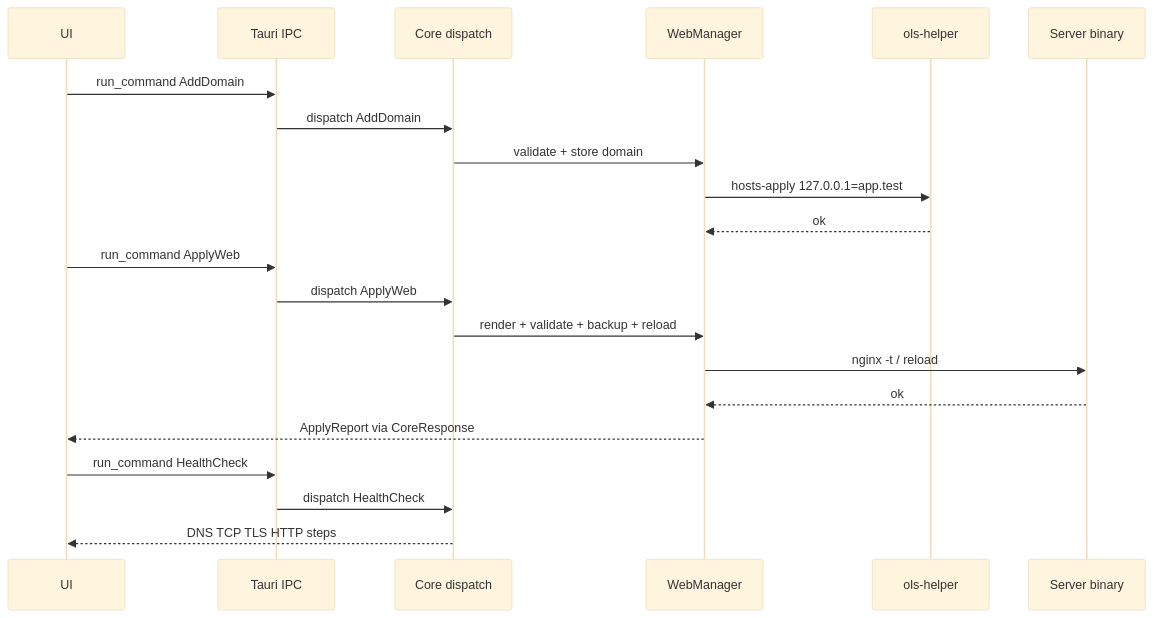
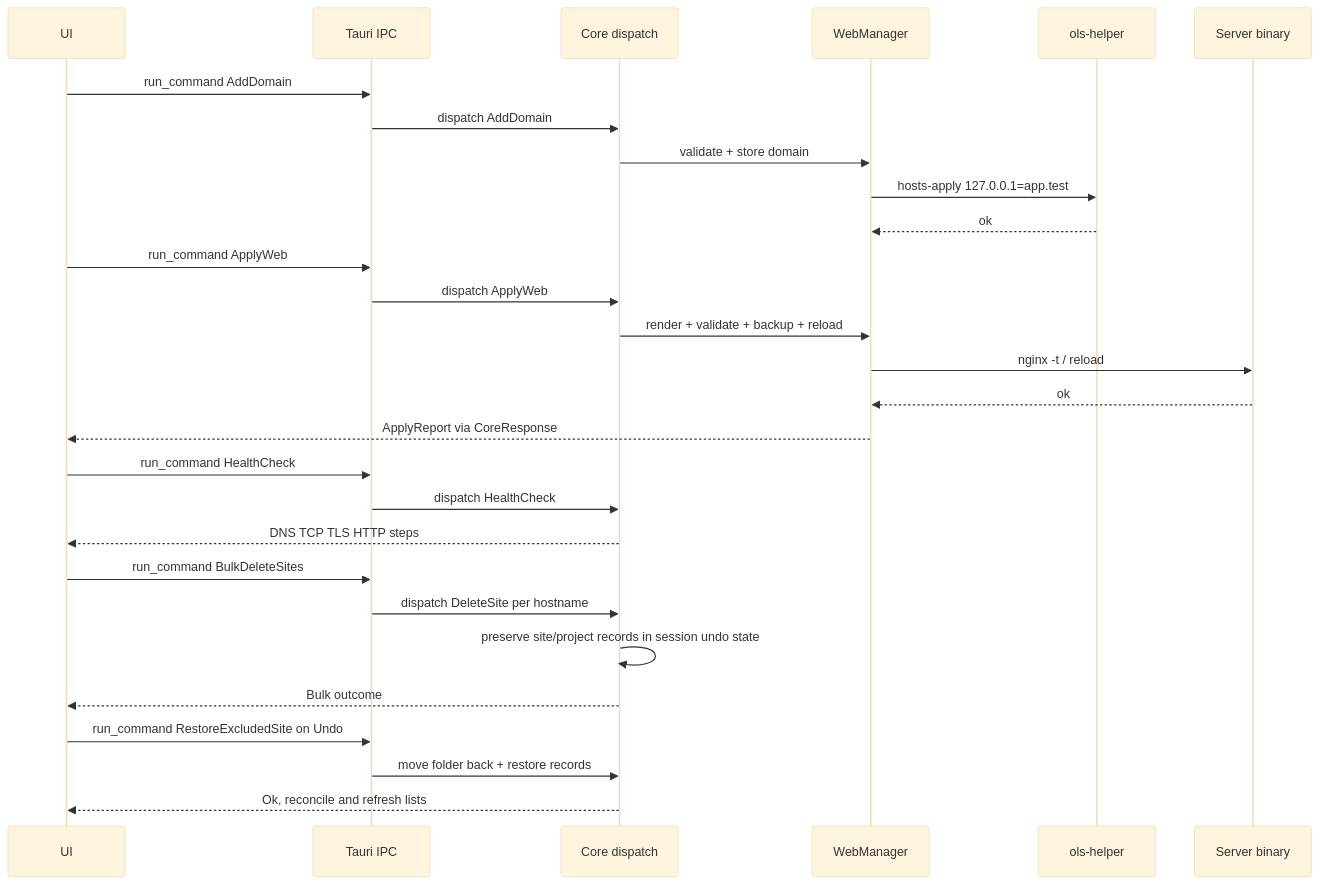
Before and after one commit to kz370/OpenLocalServer: the diagram in specs/diagrams/sequence.mmd, drawn with Mermaid (base theme). The commit also changed 23 other files, not shown here.

Commit message:
fix(web): move site folder moves and restores captured site/project records in session undo state

```diff
--- a/specs/diagrams/sequence.mmd
+++ b/specs/diagrams/sequence.mmd
@@ -1,21 +1,28 @@
 sequenceDiagram
   participant U as UI
   participant T as Tauri IPC
   participant C as Core dispatch
   participant W as WebManager
   participant H as ols-helper
   participant S as Server binary
   U->>T: run_command AddDomain
   T->>C: dispatch AddDomain
   C->>W: validate + store domain
   W->>H: hosts-apply 127.0.0.1=app.test
   H-->>W: ok
   U->>T: run_command ApplyWeb
   T->>C: dispatch ApplyWeb
   C->>W: render + validate + backup + reload
   W->>S: nginx -t / reload
   S-->>W: ok
   W-->>U: ApplyReport via CoreResponse
   U->>T: run_command HealthCheck
   T->>C: dispatch HealthCheck
   C-->>U: DNS TCP TLS HTTP steps
+  U->>T: run_command BulkDeleteSites
+  T->>C: dispatch DeleteSite per hostname
+  C->>C: preserve site/project records in session undo state
+  C-->>U: Bulk outcome
+  U->>T: run_command RestoreExcludedSite on Undo
+  T->>C: move folder back + restore records
+  C-->>U: Ok, reconcile and refresh lists
```
